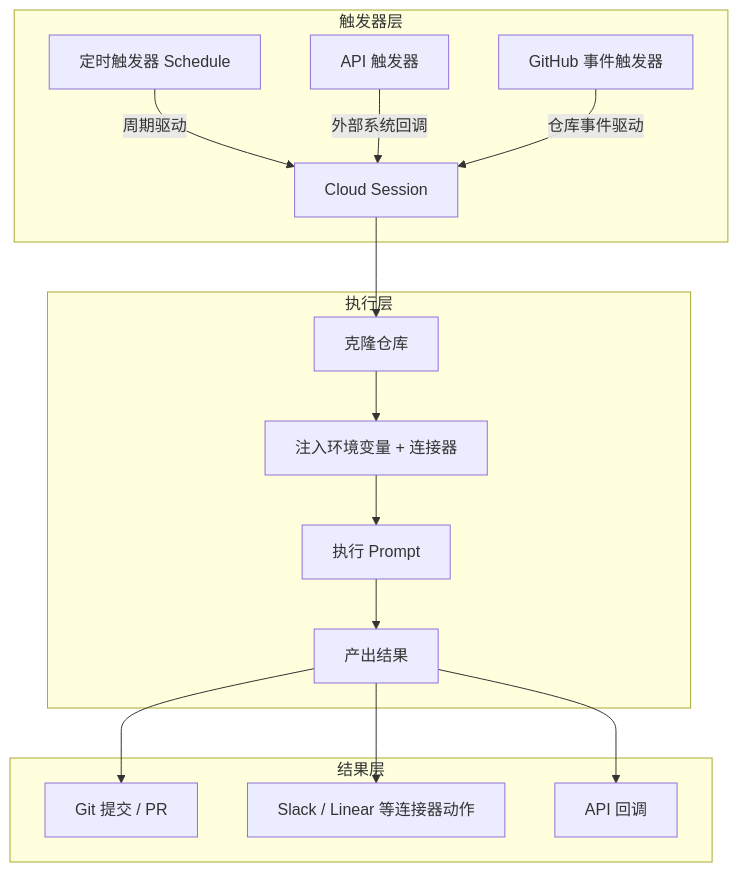
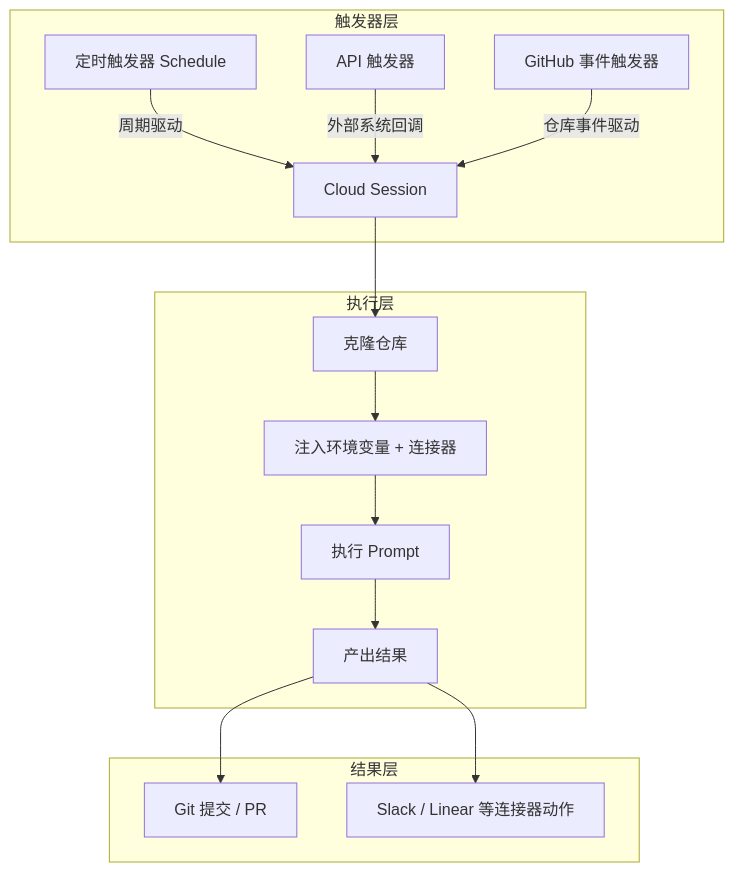
Before and after one commit to A1pha3/text-matrix: the diagram in content/posts/tech/claude-code-routines-automation.md, drawn with Mermaid. The commit also changed other lines of this file and 331 other files, not shown here.

````diff
--- a/content/posts/tech/claude-code-routines-automation.md
+++ b/content/posts/tech/claude-code-routines-automation.md
@@ -27,21 +28,20 @@
 ```mermaid
 graph TD
     subgraph 触发器层
         A[定时触发器 Schedule] -->|周期驱动| E[Cloud Session]
         B[API 触发器] -->|外部系统回调| E
         C[GitHub 事件触发器] -->|仓库事件驱动| E
     end
 
     subgraph 执行层
         E --> F[克隆仓库]
         F --> G[注入环境变量 + 连接器]
         G --> H[执行 Prompt]
         H --> I[产出结果]
     end
 
     subgraph 结果层
         I --> J[Git 提交 / PR]
         I --> K[Slack / Linear 等连接器动作]
-        I --> L[API 回调]
     end
 ```
````
